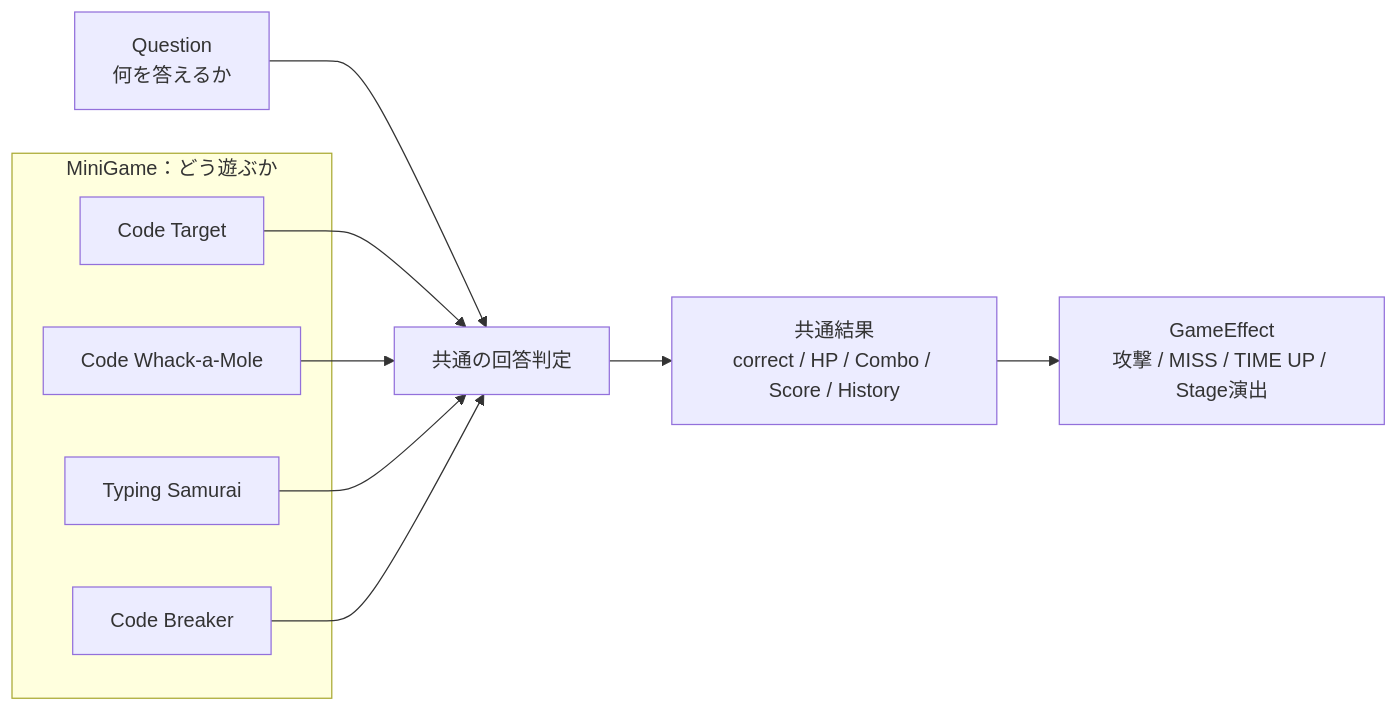
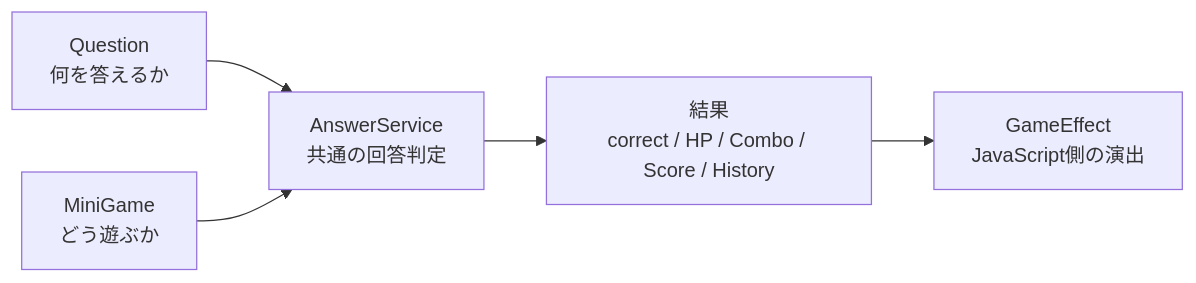
One commit to suu-dev-0203/graduation_JAVAgame changed diagram 25 of 30 in README.md. Above: the diagram before and after it, drawn with Mermaid. The commit also changed other lines of this file, not shown here.

````diff
--- a/README.md
+++ b/README.md
@@ -980,23 +1132,13 @@
 ```mermaid
 flowchart LR
     Q[Question<br/>何を答えるか]
-
-    subgraph MINI[MiniGame：どう遊ぶか]
-        M1[Code Target]
-        M2[Code Whack-a-Mole]
-        M3[Typing Samurai]
-        M4[Code Breaker]
-    end
-
-    J[共通の回答判定]
-    RESULT[共通結果<br/>correct / HP / Combo / Score / History]
-    FX[GameEffect<br/>攻撃 / MISS / TIME UP / Stage演出]
+    M[MiniGame<br/>どう遊ぶか]
+    J[AnswerService<br/>共通の回答判定]
+    FX[GameEffect<br/>JavaScript側の演出]
+    R[結果<br/>correct / HP / Combo / Score / History]
 
     Q --> J
-    M1 --> J
-    M2 --> J
-    M3 --> J
-    M4 --> J
-    J --> RESULT
-    RESULT --> FX
+    M --> J
+    J --> R
+    R --> FX
 ```
````
